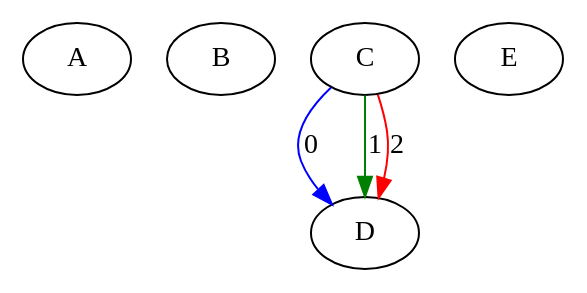
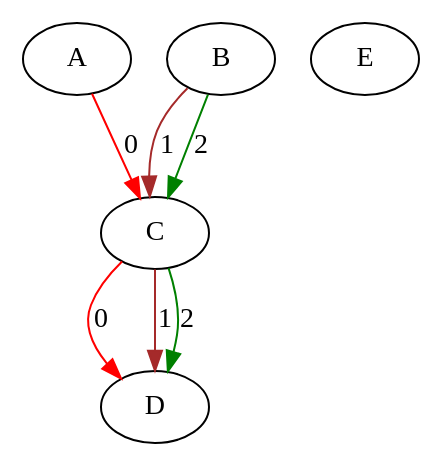
One commit to Hebbe1234/ExpectAll changed the diagram in src/assignedGraphs/assigned.dot. Above: the diagram before and after it, drawn with Graphviz. The commit also changed 4 other files, not shown here.

```diff
--- a/src/assignedGraphs/assigned.dot
+++ b/src/assignedGraphs/assigned.dot
@@ -1,10 +1,13 @@
 digraph "G" {
 A [id=0];
 B [id=1];
 C [id=2];
 D [id=3];
 E [id=4];
-C -> D  [color=blue, key=0, label=0];
-C -> D  [color=green, key=1, label=1];
-C -> D  [color=red, key=2, label=2];
+A -> C  [color=red, key=0, label=0];
+B -> C  [color=brown, key=0, label=1];
+B -> C  [color=green, key=1, label=2];
+C -> D  [color=red, key=0, label=0];
+C -> D  [color=brown, key=1, label=1];
+C -> D  [color=green, key=2, label=2];
 }
```
